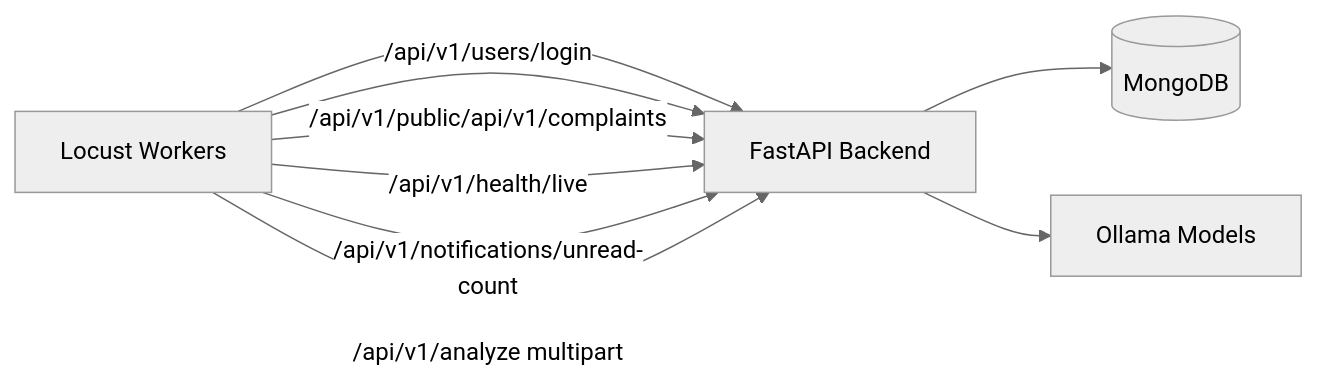
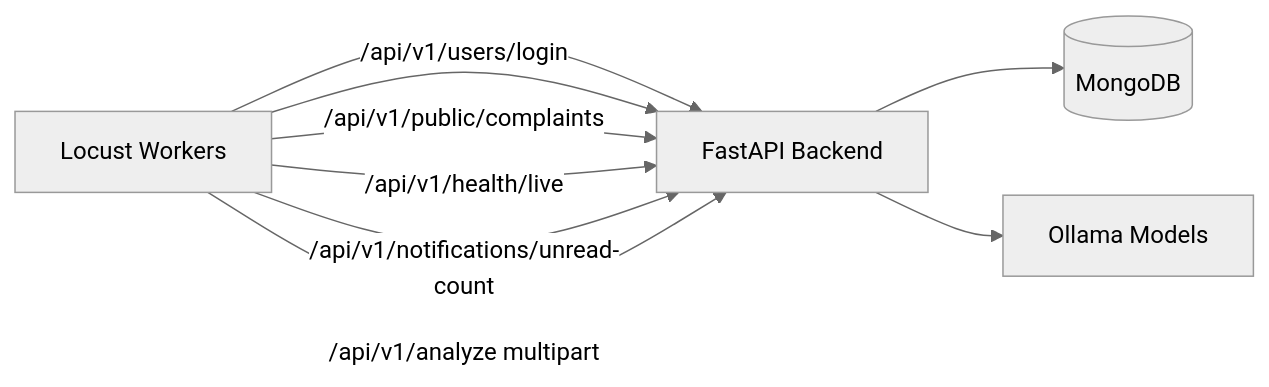
One commit to ark5234/Jan-Sunwai-AI changed the first of 2 diagrams in docs/LOAD_TESTING.md. Above: the diagram before and after it, drawn with Mermaid (neutral theme). The commit also changed other lines of this file and 26 other files, not shown here.

````diff
--- a/docs/LOAD_TESTING.md
+++ b/docs/LOAD_TESTING.md
@@ -16,12 +16,12 @@
 ```mermaid
 flowchart LR
     Locust[Locust Workers] --> API[FastAPI Backend]
     API --> Mongo[(MongoDB)]
     API --> Ollama[Ollama Models]
 
     Locust -->|/api/v1/users/login| API
-    Locust -->|/api/v1/public/api/v1/complaints| API
+    Locust -->|/api/v1/public/complaints| API
     Locust -->|/api/v1/health/live| API
     Locust -->|/api/v1/notifications/unread-count| API
     Locust -->|/api/v1/analyze multipart| API
 ```
````
